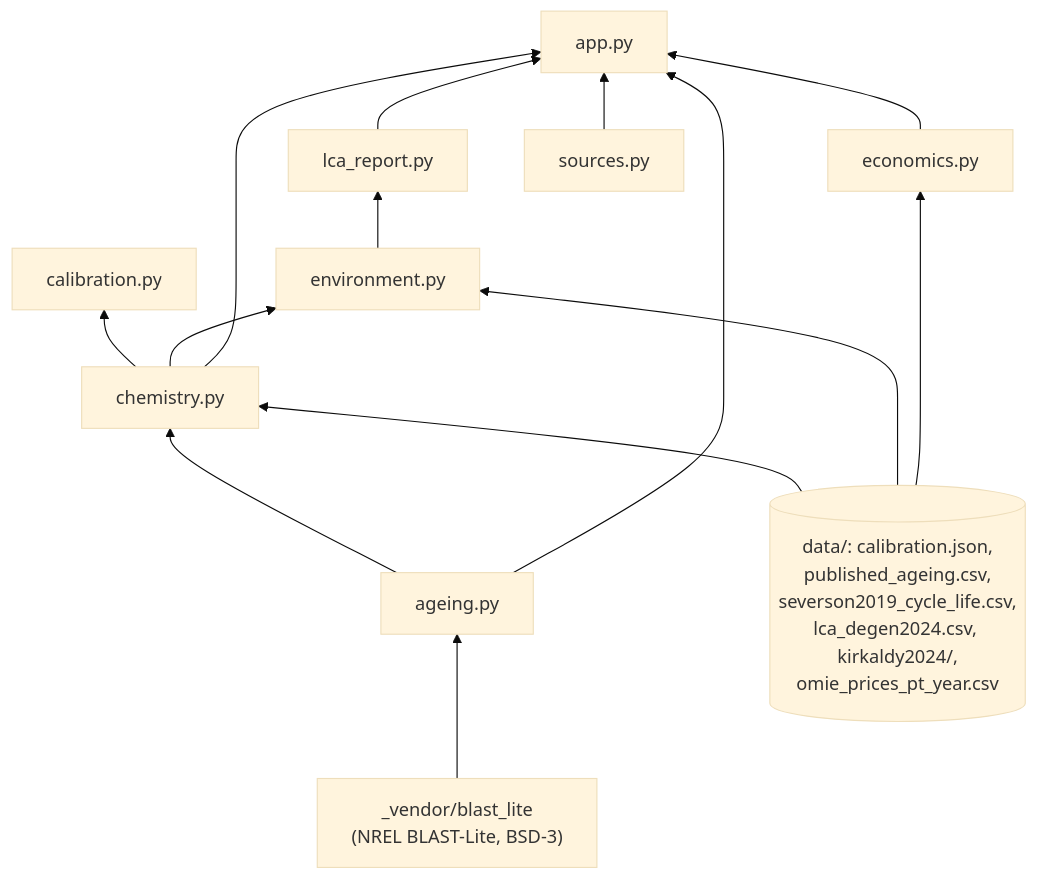
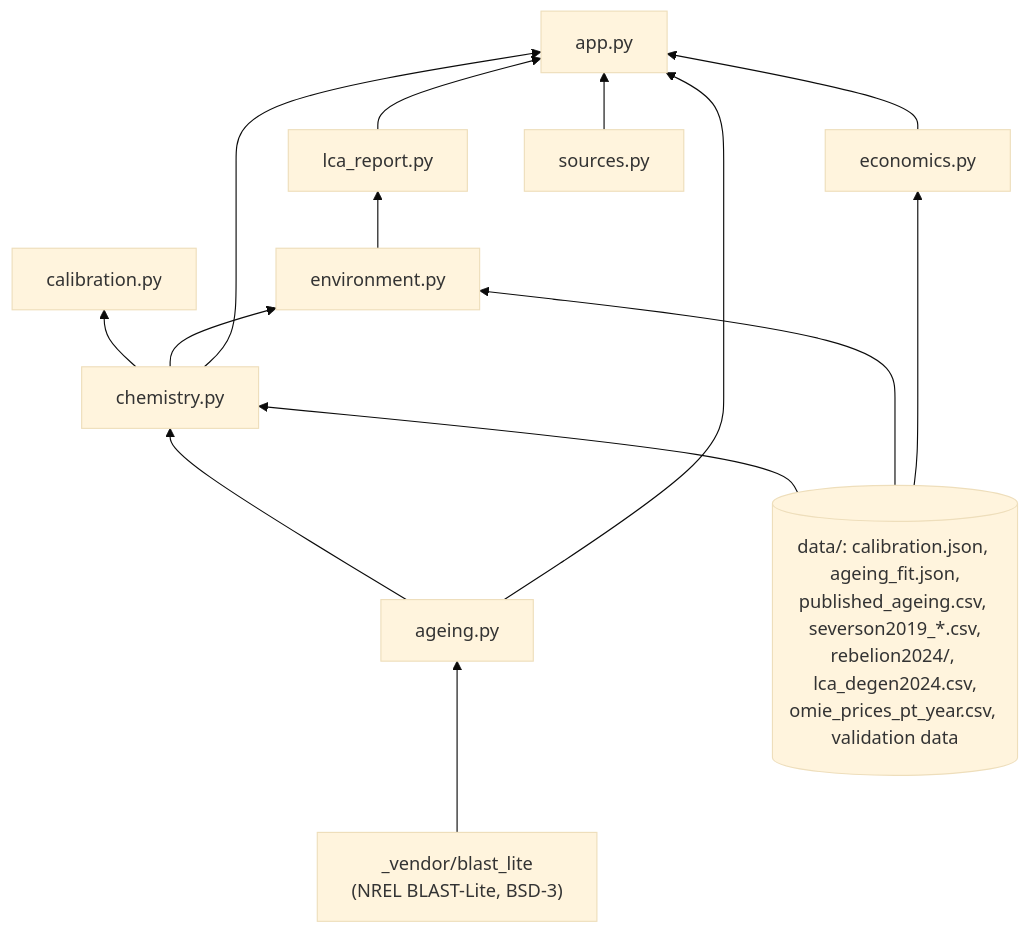
The fourth of 12 diagrams in README.md (TheJohn01/DigitalTwinBattery), drawn with Mermaid (base theme) before and after one commit. The commit also changed other lines of this file, not shown here.

````diff
--- a/README.md
+++ b/README.md
@@ -336,24 +340,24 @@
 ```mermaid
 flowchart BT
     vendor["_vendor/blast_lite<br/>(NREL BLAST-Lite, BSD-3)"]
     ageing["ageing.py"]
     chemistry["chemistry.py"]
     calibration["calibration.py"]
     economics["economics.py"]
     environment["environment.py"]
     report["lca_report.py"]
     sources["sources.py"]
     app["app.py"]
-    data[("data/: calibration.json,<br/>published_ageing.csv,<br/>severson2019_cycle_life.csv,<br/>lca_degen2024.csv, kirkaldy2024/,<br/>omie_prices_pt_year.csv")]
+    data[("data/: calibration.json, ageing_fit.json,<br/>published_ageing.csv, severson2019_*.csv,<br/>rebelion2024/, lca_degen2024.csv,<br/>omie_prices_pt_year.csv, validation data")]
     vendor --> ageing --> chemistry
     data --> chemistry
     data --> environment
     data --> economics
     chemistry --> calibration
     chemistry --> environment --> report
     chemistry --> app
     ageing --> app
     economics --> app
     report --> app
     sources --> app
 ```
````
